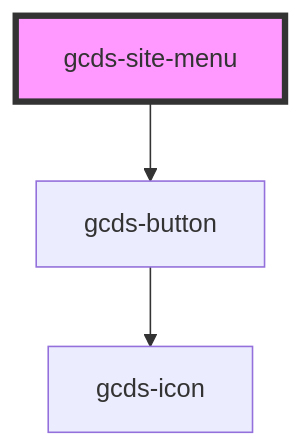
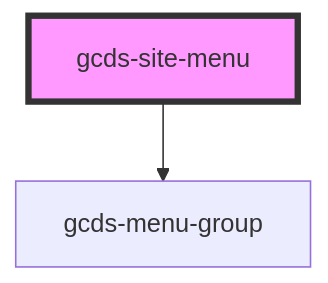
Before and after one commit to cds-snc/gcds-components: the diagram in packages/web/src/components/gcds-site-menu/readme.md, drawn with Mermaid. The commit also changed other lines of this file and 27 other files, not shown here.

````diff
--- a/packages/web/src/components/gcds-site-menu/readme.md
+++ b/packages/web/src/components/gcds-site-menu/readme.md
@@ -25,6 +47,5 @@
 ```mermaid
 graph TD;
-  gcds-site-menu --> gcds-button
-  gcds-button --> gcds-icon
+  gcds-site-menu --> gcds-menu-group
   style gcds-site-menu fill:#f9f,stroke:#333,stroke-width:4px
 ```
````
